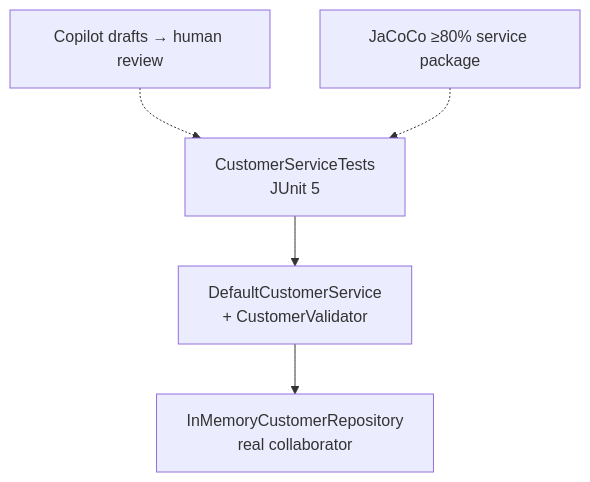
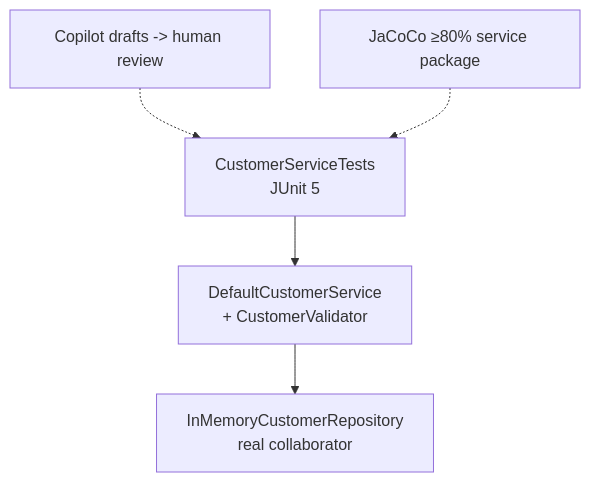
The first of 2 diagrams in labs/Week 2 - Backend, AI Tools and Testing/module-17/lab17/LAB-17-GUIDE.md (pupilliluke/bc-sw-engineer-java-participant), drawn with Mermaid before and after one commit. The commit also changed other lines of this file and 55 other files, not shown here.

Commit message:
Stop publishing local screenshots; harden Mermaid for GitHub; sync only tracked lab files.

````diff
--- a/labs/Week 2 - Backend, AI Tools and Testing/module-17/lab17/LAB-17-GUIDE.md
+++ b/labs/Week 2 - Backend, AI Tools and Testing/module-17/lab17/LAB-17-GUIDE.md
@@ -84,7 +84,7 @@
 ```mermaid
 flowchart TB
   Tests["CustomerServiceTests<br/>JUnit 5"] --> Svc["DefaultCustomerService<br/>+ CustomerValidator"]
   Svc --> Repo["InMemoryCustomerRepository<br/>real collaborator"]
-  Copilot["Copilot drafts → human review"] -.-> Tests
+  Copilot["Copilot drafts -> human review"] -.-> Tests
   Jacoco["JaCoCo ≥80% service package"] -.-> Tests
 ```
````
